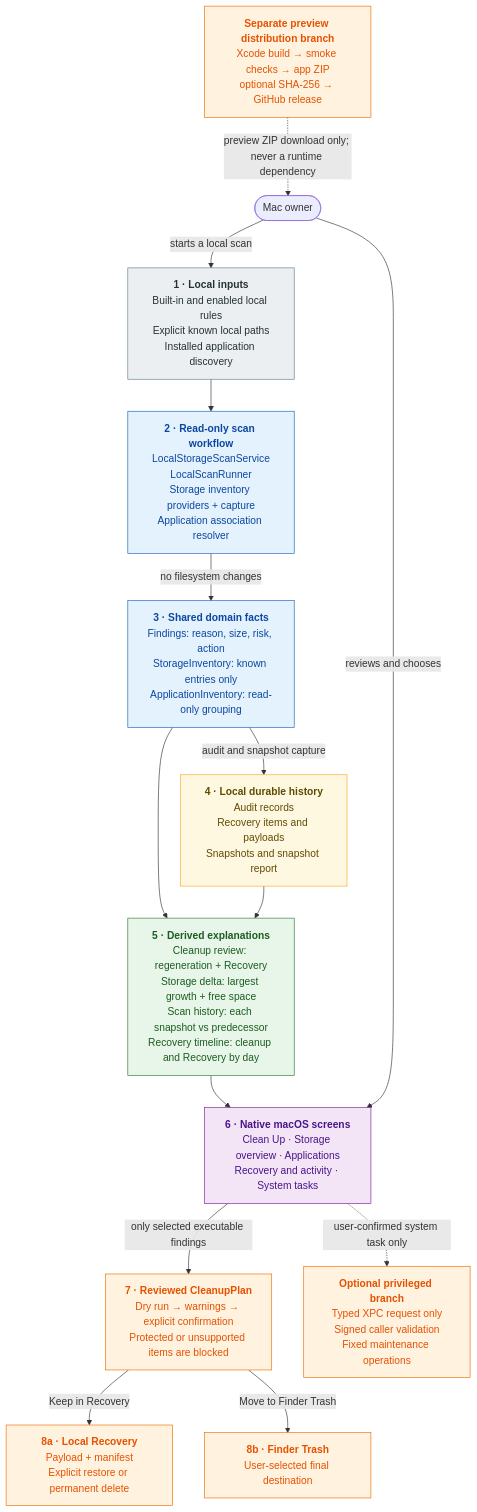
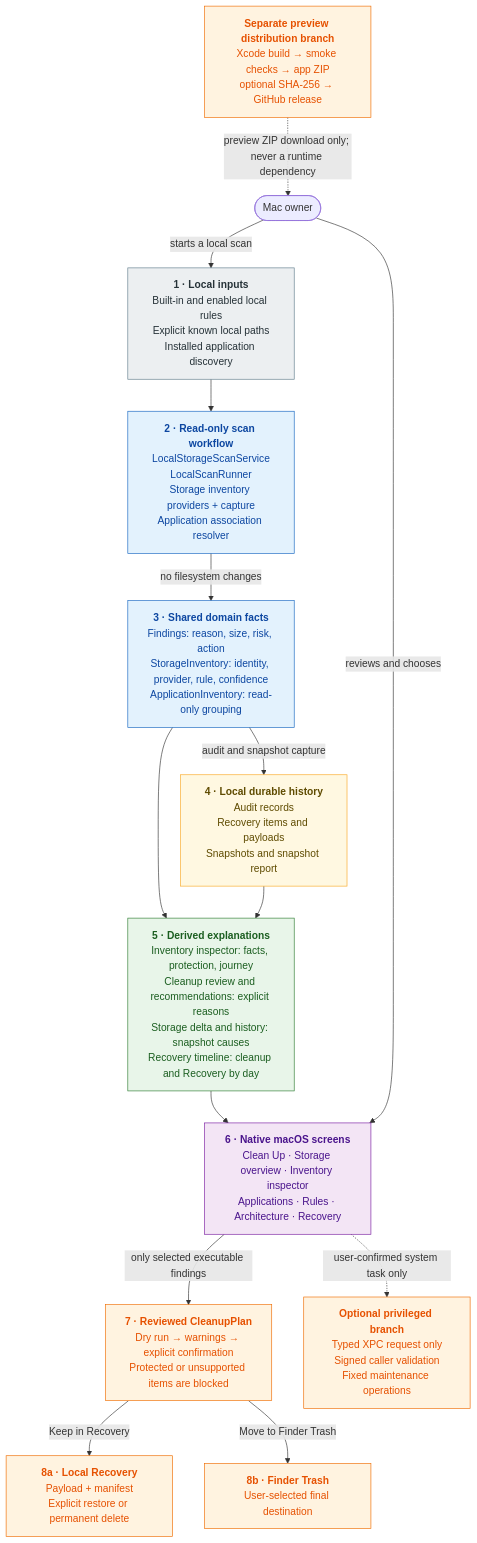
Before and after one commit to IanHanna12/secondWind: the diagram in Docs/ARCHITECTURE.md, drawn with Mermaid. The commit also changed 32 other files, not shown here.

````diff
--- a/Docs/ARCHITECTURE.md
+++ b/Docs/ARCHITECTURE.md
@@ -6,52 +6,52 @@
 ```mermaid
 flowchart TB
     Person([Mac owner])
 
     Input["<b>1 · Local inputs</b><br/>Built-in and enabled local rules<br/>Explicit known local paths<br/>Installed application discovery"]
 
     Scan["<b>2 · Read-only scan workflow</b><br/>LocalStorageScanService<br/>LocalScanRunner<br/>Storage inventory providers + capture<br/>Application association resolver"]
 
-    Facts["<b>3 · Shared domain facts</b><br/>Findings: reason, size, risk, action<br/>StorageInventory: known entries only<br/>ApplicationInventory: read-only grouping"]
+    Facts["<b>3 · Shared domain facts</b><br/>Findings: reason, size, risk, action<br/>StorageInventory: identity, provider, rule, confidence<br/>ApplicationInventory: read-only grouping"]
 
     History["<b>4 · Local durable history</b><br/>Audit records<br/>Recovery items and payloads<br/>Snapshots and snapshot report"]
 
-    ReadModels["<b>5 · Derived explanations</b><br/>Cleanup review: regeneration + Recovery<br/>Storage delta: largest growth + free space<br/>Scan history: each snapshot vs predecessor<br/>Recovery timeline: cleanup and Recovery by day"]
+    ReadModels["<b>5 · Derived explanations</b><br/>Inventory inspector: facts, protection, journey<br/>Cleanup review and recommendations: explicit reasons<br/>Storage delta and history: snapshot causes<br/>Recovery timeline: cleanup and Recovery by day"]
 
-    Screens["<b>6 · Native macOS screens</b><br/>Clean Up · Storage overview · Applications<br/>Recovery and activity · System tasks"]
+    Screens["<b>6 · Native macOS screens</b><br/>Clean Up · Storage overview · Inventory inspector<br/>Applications · Rules · Architecture · Recovery"]
 
     Plan["<b>7 · Reviewed CleanupPlan</b><br/>Dry run → warnings → explicit confirmation<br/>Protected or unsupported items are blocked"]
 
     Recovery["<b>8a · Local Recovery</b><br/>Payload + manifest<br/>Explicit restore or permanent delete"]
     Trash["<b>8b · Finder Trash</b><br/>User-selected final destination"]
 
     Helper["<b>Optional privileged branch</b><br/>Typed XPC request only<br/>Signed caller validation<br/>Fixed maintenance operations"]
 
     Release["<b>Separate preview distribution branch</b><br/>Xcode build → smoke checks → app ZIP<br/>optional SHA-256 → GitHub release"]
 
     Person -->|starts a local scan| Input
     Input --> Scan
     Scan -->|no filesystem changes| Facts
     Facts -->|audit and snapshot capture| History
     Facts --> ReadModels
     History --> ReadModels
     ReadModels --> Screens
     Person -->|reviews and chooses| Screens
     Screens -->|only selected executable findings| Plan
     Plan -->|Keep in Recovery| Recovery
     Plan -->|Move to Finder Trash| Trash
     Screens -. user-confirmed system task only .-> Helper
     Release -. preview ZIP download only; never a runtime dependency .-> Person
 
     classDef input fill:#eceff1,stroke:#607d8b,color:#263238
     classDef workflow fill:#e3f2fd,stroke:#1565c0,color:#0d47a1
     classDef stored fill:#fff8e1,stroke:#f9a825,color:#5f4b00
     classDef derived fill:#e8f5e9,stroke:#2e7d32,color:#1b5e20
     classDef ui fill:#f3e5f5,stroke:#7b1fa2,color:#4a148c
     classDef action fill:#fff3e0,stroke:#ef6c00,color:#e65100
     class Input input
     class Scan,Facts workflow
     class History stored
     class ReadModels derived
     class Screens ui
     class Plan,Recovery,Trash,Helper,Release action
 ```
````
